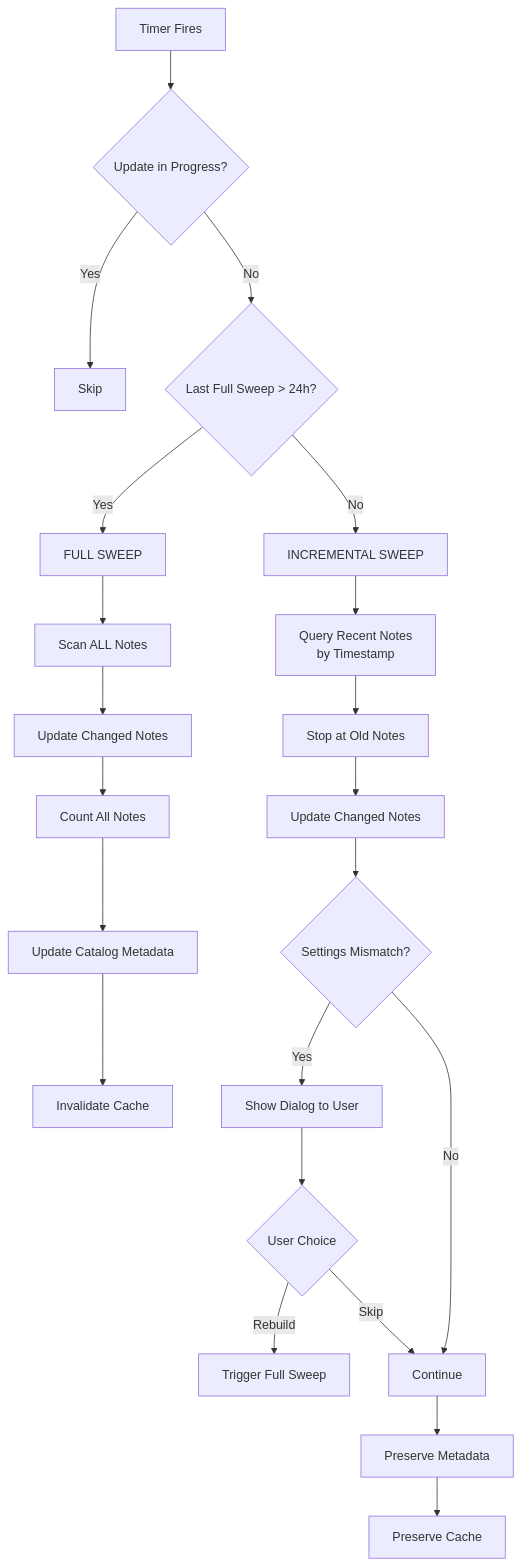
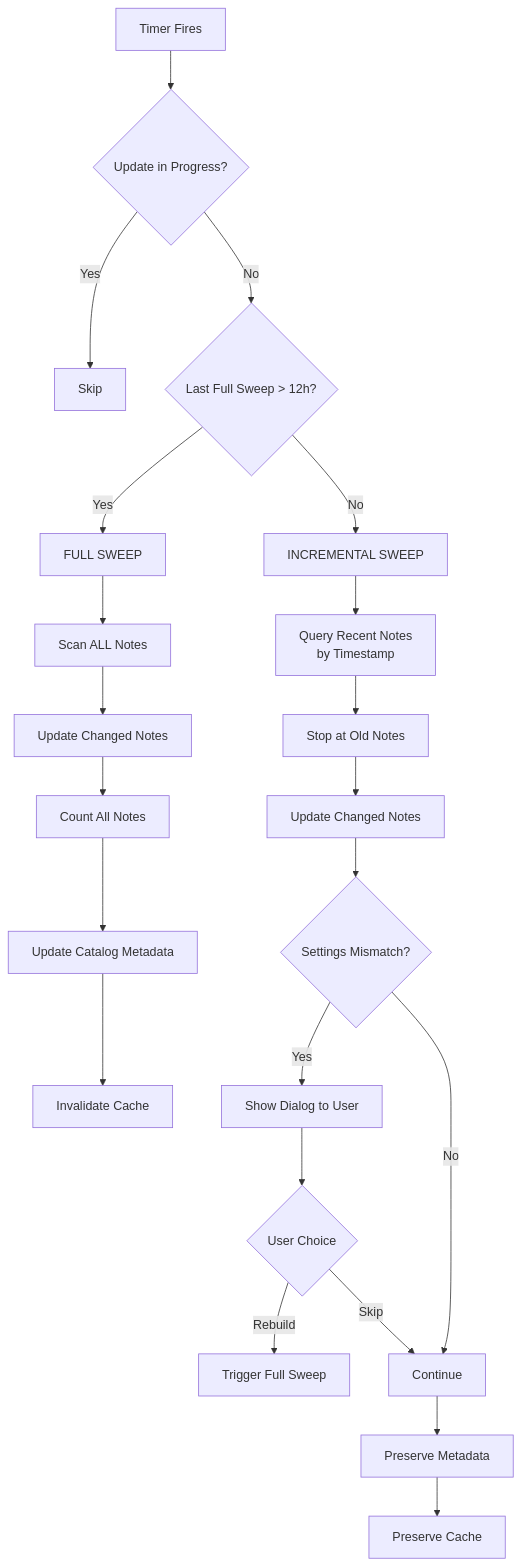
One commit to alondmnt/joplin-plugin-jarvis changed the second of 8 diagrams in VECTOR_DB_UPDATE_FLOW.md. Above: the diagram before and after it, drawn with Mermaid. The commit also changed other lines of this file and 2 other files, not shown here.

First line of the commit message:
improved: update sync and sweep management

````diff
--- a/VECTOR_DB_UPDATE_FLOW.md
+++ b/VECTOR_DB_UPDATE_FLOW.md
@@ -58,26 +58,26 @@
 ```mermaid
 graph TD
     A[Timer Fires] --> B{Update in Progress?}
     B -->|Yes| C[Skip]
-    B -->|No| D{Last Full Sweep > 24h?}
+    B -->|No| D{Last Full Sweep > 12h?}
     D -->|Yes| E[FULL SWEEP]
     D -->|No| F[INCREMENTAL SWEEP]
 
     E --> G[Scan ALL Notes]
     G --> H[Update Changed Notes]
     H --> I[Count All Notes]
     I --> J[Update Catalog Metadata]
     J --> K[Invalidate Cache]
 
     F --> L[Query Recent Notes<br/>by Timestamp]
     L --> M[Stop at Old Notes]
     M --> N[Update Changed Notes]
     N --> O{Settings Mismatch?}
     O -->|Yes| P[Show Dialog to User]
     P --> Q{User Choice}
     Q -->|Rebuild| R[Trigger Full Sweep]
     Q -->|Skip| S[Continue]
     O -->|No| S
     S --> T[Preserve Metadata]
     T --> U[Preserve Cache]
 ```
````
